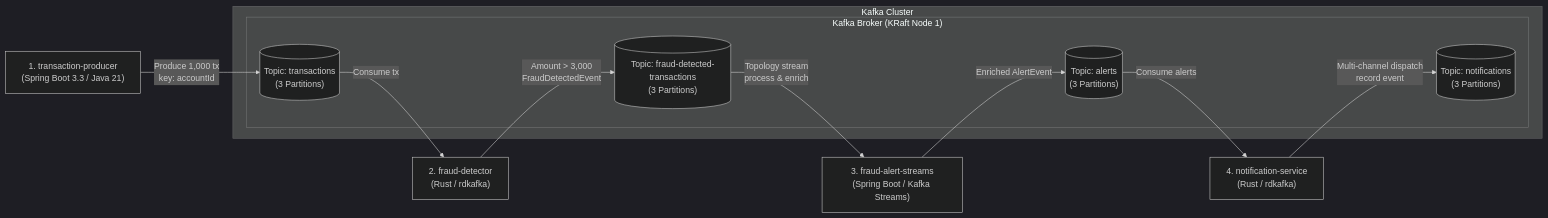
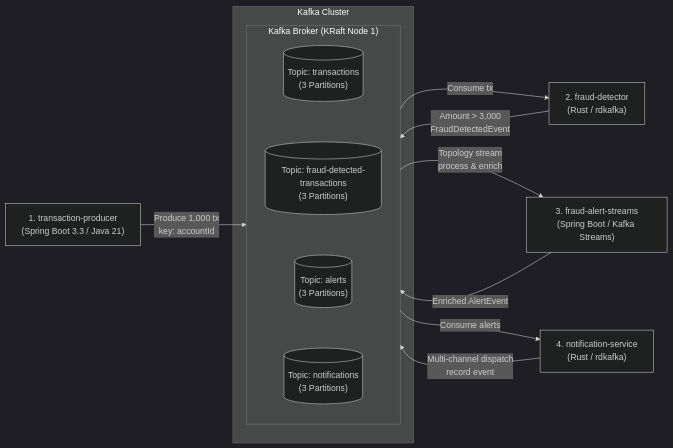
The diagram in README.md (jvalsesia/kafka-streams), drawn with Mermaid (dark theme) before and after one commit.

Commit message:
docs: vertically align Kafka topics inside broker in architecture flowchart

````diff
--- a/README.md
+++ b/README.md
@@ -9,24 +9,27 @@
 ```mermaid
 flowchart LR
+    P1["1. transaction-producer<br/>(Spring Boot 3.3 / Java 21)"]
+
     subgraph Cluster["Kafka Cluster"]
         subgraph Broker["Kafka Broker (KRaft Node 1)"]
+            direction TB
             T1[("Topic: transactions<br/>(3 Partitions)")]
             T2[("Topic: fraud-detected-transactions<br/>(3 Partitions)")]
             T3[("Topic: alerts<br/>(3 Partitions)")]
             T4[("Topic: notifications<br/>(3 Partitions)")]
+            T1 ~~~ T2 ~~~ T3 ~~~ T4
         end
     end
 
-    P1["1. transaction-producer<br/>(Spring Boot 3.3 / Java 21)"]
     P2["2. fraud-detector<br/>(Rust / rdkafka)"]
     P3["3. fraud-alert-streams<br/>(Spring Boot / Kafka Streams)"]
     P4["4. notification-service<br/>(Rust / rdkafka)"]
 
     P1 -->|"Produce 1,000 tx<br/>key: accountId"| T1
     T1 -->|"Consume tx"| P2
     P2 -->|"Amount > 3,000<br/>FraudDetectedEvent"| T2
     T2 -->|"Topology stream<br/>process & enrich"| P3
     P3 -->|"Enriched AlertEvent"| T3
     T3 -->|"Consume alerts"| P4
     P4 -->|"Multi-channel dispatch<br/>record event"| T4
 ```
````
